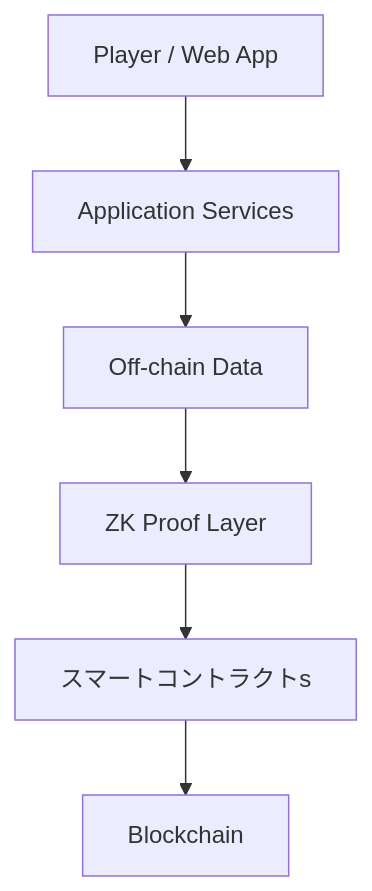
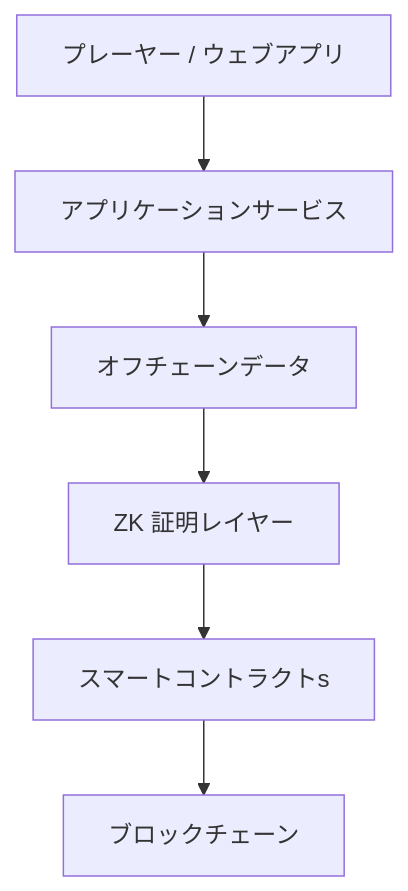
The first of 43 diagrams in docs/whitepaper/09-technology.md (ShigeichiroYamasaki/creator-first-platform), drawn with Mermaid before and after one commit. The commit also changed other lines of this file and 72 other files, not shown here.

````diff
--- a/docs/whitepaper/09-technology.md
+++ b/docs/whitepaper/09-technology.md
@@ -30,15 +30,15 @@
 ```mermaid
 flowchart TD
-    APP[Player / Web App]
-    API[Application Services]
-    DATA[Off-chain Data]
-    ZK[ZK Proof Layer]
+    APP[プレーヤー / ウェブアプリ]
+    API[アプリケーションサービス]
+    DATA[オフチェーンデータ]
+    ZK[ZK 証明レイヤー]
     SC[スマートコントラクトs]
-    CHAIN[Blockchain]
+    CHAIN[ブロックチェーン]
 
     APP --> API
     API --> DATA
     DATA --> ZK
     ZK --> SC
     SC --> CHAIN
 ```
````
